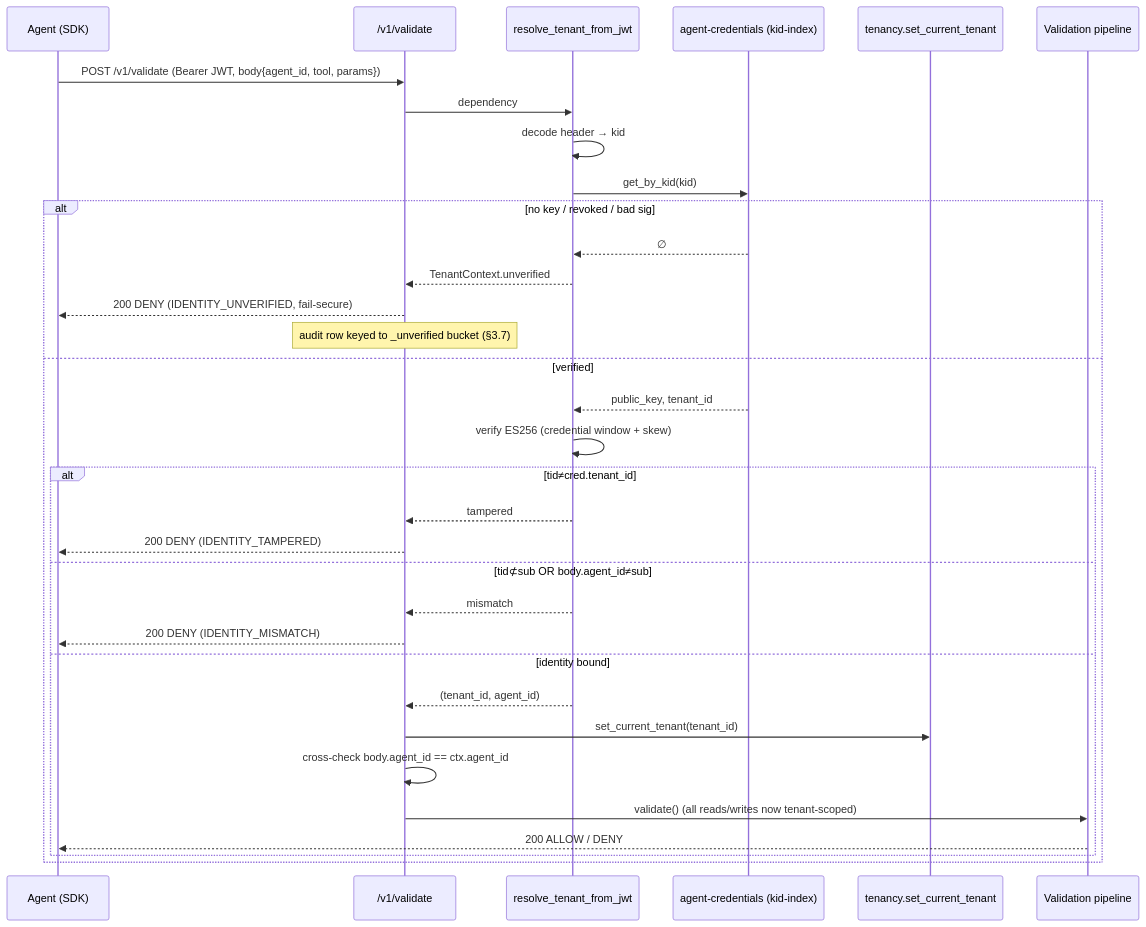
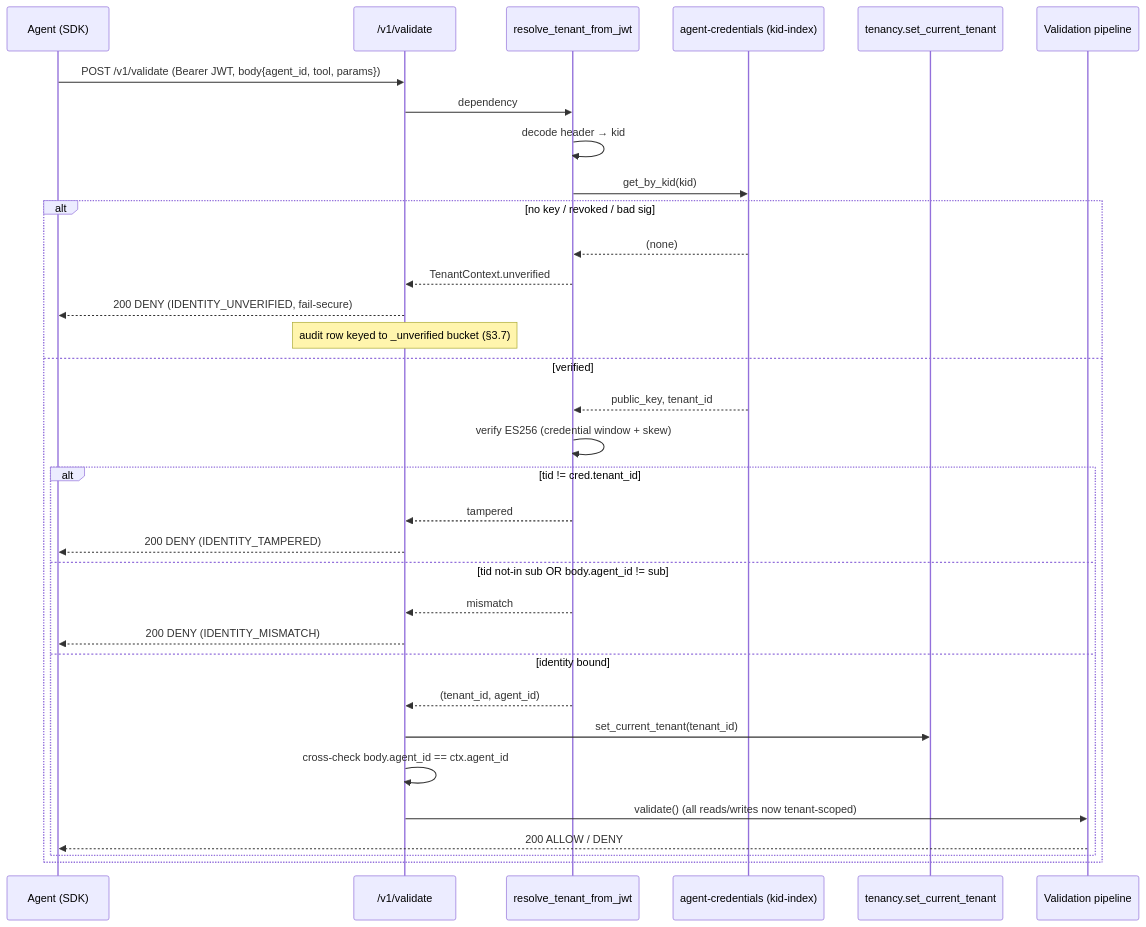
The second of 6 diagrams in lld/26-multi-tenancy.md (shashank31mar/Sentra), drawn with Mermaid before and after one commit. The commit also changed other lines of this file and 42 other files, not shown here.

````diff
--- a/lld/26-multi-tenancy.md
+++ b/lld/26-multi-tenancy.md
@@ -202,36 +202,36 @@
 ```mermaid
 sequenceDiagram
     participant A as Agent (SDK)
     participant API as /v1/validate
     participant D as resolve_tenant_from_jwt
     participant C as agent-credentials (kid-index)
     participant T as tenancy.set_current_tenant
     participant P as Validation pipeline
 
     A->>API: POST /v1/validate (Bearer JWT, body{agent_id, tool, params})
     API->>D: dependency
     D->>D: decode header → kid
     D->>C: get_by_kid(kid)
     alt no key / revoked / bad sig
-        C-->>D: ∅
+        C-->>D: (none)
         D-->>API: TenantContext.unverified
         API-->>A: 200 DENY (IDENTITY_UNVERIFIED, fail-secure)
         Note over API: audit row keyed to _unverified bucket (§3.7)
     else verified
         C-->>D: public_key, tenant_id
         D->>D: verify ES256 (credential window + skew)
-        alt tid≠cred.tenant_id
+        alt tid != cred.tenant_id
             D-->>API: tampered
             API-->>A: 200 DENY (IDENTITY_TAMPERED)
-        else tid⊄sub OR body.agent_id≠sub
+        else tid not-in sub OR body.agent_id != sub
             D-->>API: mismatch
             API-->>A: 200 DENY (IDENTITY_MISMATCH)
         else identity bound
             D-->>API: (tenant_id, agent_id)
             API->>T: set_current_tenant(tenant_id)
             API->>API: cross-check body.agent_id == ctx.agent_id
             API->>P: validate()  (all reads/writes now tenant-scoped)
             P-->>A: 200 ALLOW / DENY
         end
     end
 ```
````
